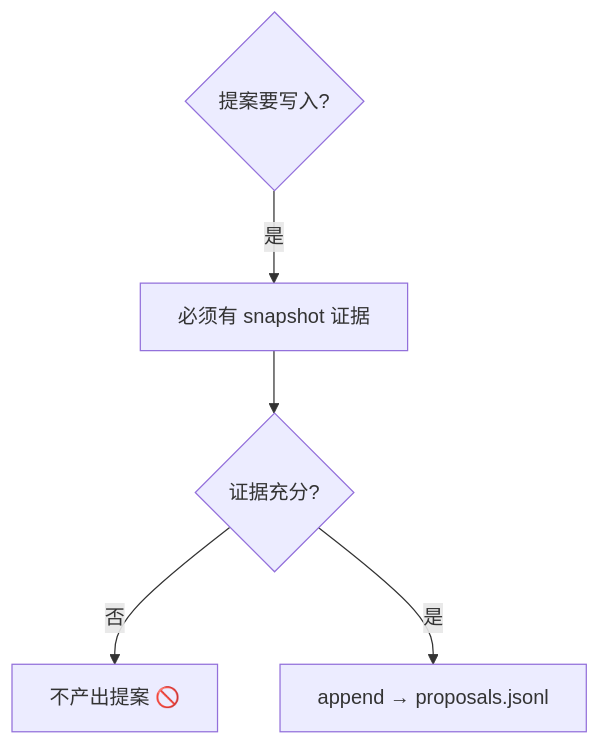
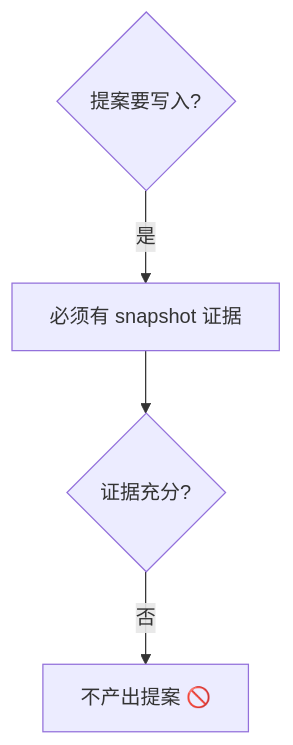
The second of 11 diagrams in rules/self-improve.md (effiy/YrY), drawn with Mermaid before and after one commit. The commit also changed other lines of this file and 91 other files, not shown here.

````diff
--- a/rules/self-improve.md
+++ b/rules/self-improve.md
@@ -58,8 +50,7 @@
 ```mermaid
 flowchart TD
     Q{"提案要写入?"} -->|"是"| SNAP["必须有 snapshot 证据"]:::must
     SNAP --> Q2{"证据充分?"}
     Q2 -->|"否"| BLOCK["不产出提案 🚫"]:::block
-    Q2 -->|"是"| APPEND["append → proposals.jsonl"]:::ok
 
 ```
````
